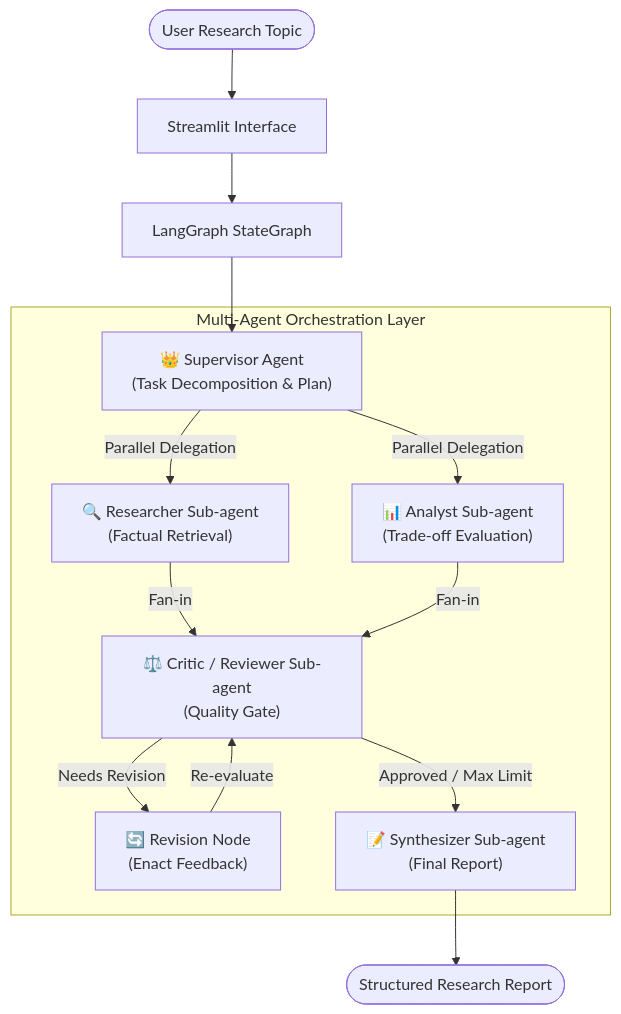
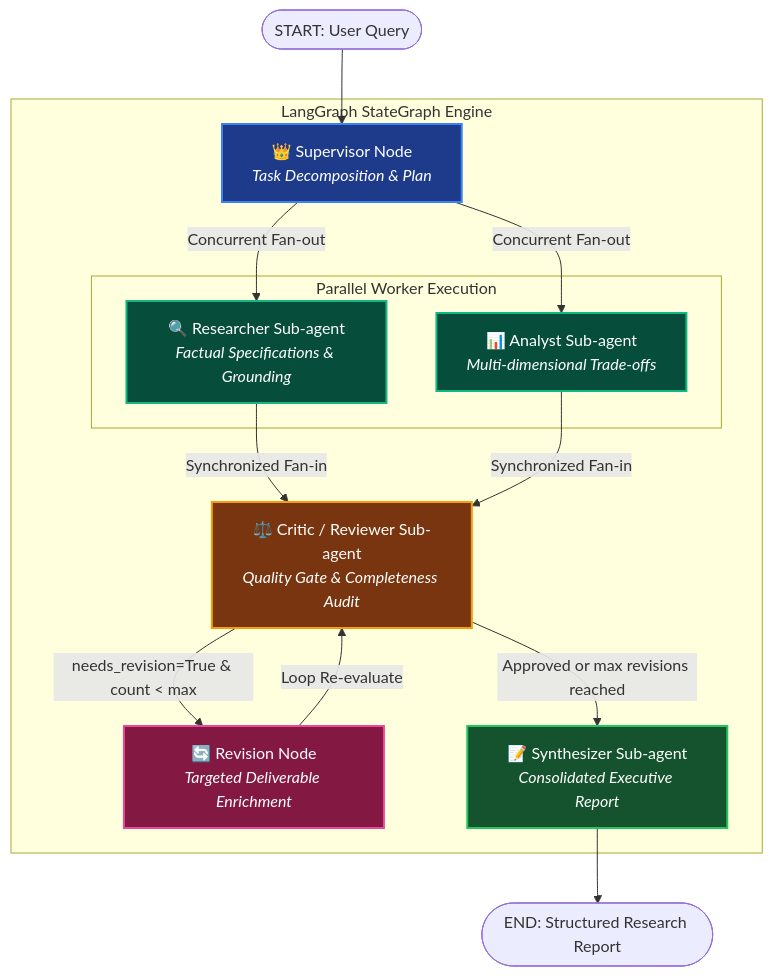
One commit to abdo875/Multi-Agent-Research-Assistant changed the second of 4 diagrams in README.md. Above: the diagram before and after it, drawn with Mermaid. The commit also changed other lines of this file and 1 other file, not shown here.

First line of the commit message:
docs: enhance README with tool icons and in-depth system design rationale

````diff
--- a/README.md
+++ b/README.md
@@ -64,25 +158,36 @@
 ```mermaid
 flowchart TD
-    User([User Research Topic]) --> UI[Streamlit Interface]
-    UI --> Graph[LangGraph StateGraph]
+    StartNode([START: User Query]) --> SupervisorNode
+
+    subgraph OrchestrationGraph ["LangGraph StateGraph Engine"]
+        SupervisorNode["👑 Supervisor Node<br/><i>Task Decomposition & Plan</i>"]
+        
+        subgraph ConcurrencySubsystem ["Parallel Worker Execution"]
+            ResearcherNode["🔍 Researcher Sub-agent<br/><i>Factual Specifications & Grounding</i>"]
+            AnalystNode["📊 Analyst Sub-agent<br/><i>Multi-dimensional Trade-offs</i>"]
+        end
+
+        CriticNode["⚖️ Critic / Reviewer Sub-agent<br/><i>Quality Gate & Completeness Audit</i>"]
+        RevisionNode["🔄 Revision Node<br/><i>Targeted Deliverable Enrichment</i>"]
+        SynthesizerNode["📝 Synthesizer Sub-agent<br/><i>Consolidated Executive Report</i>"]
+    end
+
+    SupervisorNode -->|Concurrent Fan-out| ResearcherNode
+    SupervisorNode -->|Concurrent Fan-out| AnalystNode
     
-    subgraph MultiAgentSystem ["Multi-Agent Orchestration Layer"]
-        Supervisor["👑 Supervisor Agent<br/>(Task Decomposition & Plan)"]
-        Researcher["🔍 Researcher Sub-agent<br/>(Factual Retrieval)"]
-        Analyst["📊 Analyst Sub-agent<br/>(Trade-off Evaluation)"]
-        Critic["⚖️ Critic / Reviewer Sub-agent<br/>(Quality Gate)"]
-        Revision["🔄 Revision Node<br/>(Enact Feedback)"]
-        Synthesizer["📝 Synthesizer Sub-agent<br/>(Final Report)"]
-    end
+    ResearcherNode -->|Synchronized Fan-in| CriticNode
+    AnalystNode -->|Synchronized Fan-in| CriticNode
+
+    CriticNode -->|needs_revision=True & count < max| RevisionNode
+    RevisionNode -->|Loop Re-evaluate| CriticNode
     
-    Graph --> Supervisor
-    Supervisor -->|Parallel Delegation| Researcher
-    Supervisor -->|Parallel Delegation| Analyst
-    Researcher -->|Fan-in| Critic
-    Analyst -->|Fan-in| Critic
-    
-    Critic -->|Needs Revision| Revision
-    Revision -->|Re-evaluate| Critic
-    Critic -->|Approved / Max Limit| Synthesizer
-    Synthesizer --> Report([Structured Research Report])
+    CriticNode -->|Approved or max revisions reached| SynthesizerNode
+    SynthesizerNode --> EndNode([END: Structured Research Report])
+
+    style SupervisorNode fill:#1e3a8a,stroke:#3b82f6,stroke-width:2px,color:#fff
+    style ResearcherNode fill:#064e3b,stroke:#10b981,stroke-width:2px,color:#fff
+    style AnalystNode fill:#064e3b,stroke:#10b981,stroke-width:2px,color:#fff
+    style CriticNode fill:#78350f,stroke:#f59e0b,stroke-width:2px,color:#fff
+    style RevisionNode fill:#831843,stroke:#ec4899,stroke-width:2px,color:#fff
+    style SynthesizerNode fill:#14532d,stroke:#22c55e,stroke-width:2px,color:#fff
 ```
````
